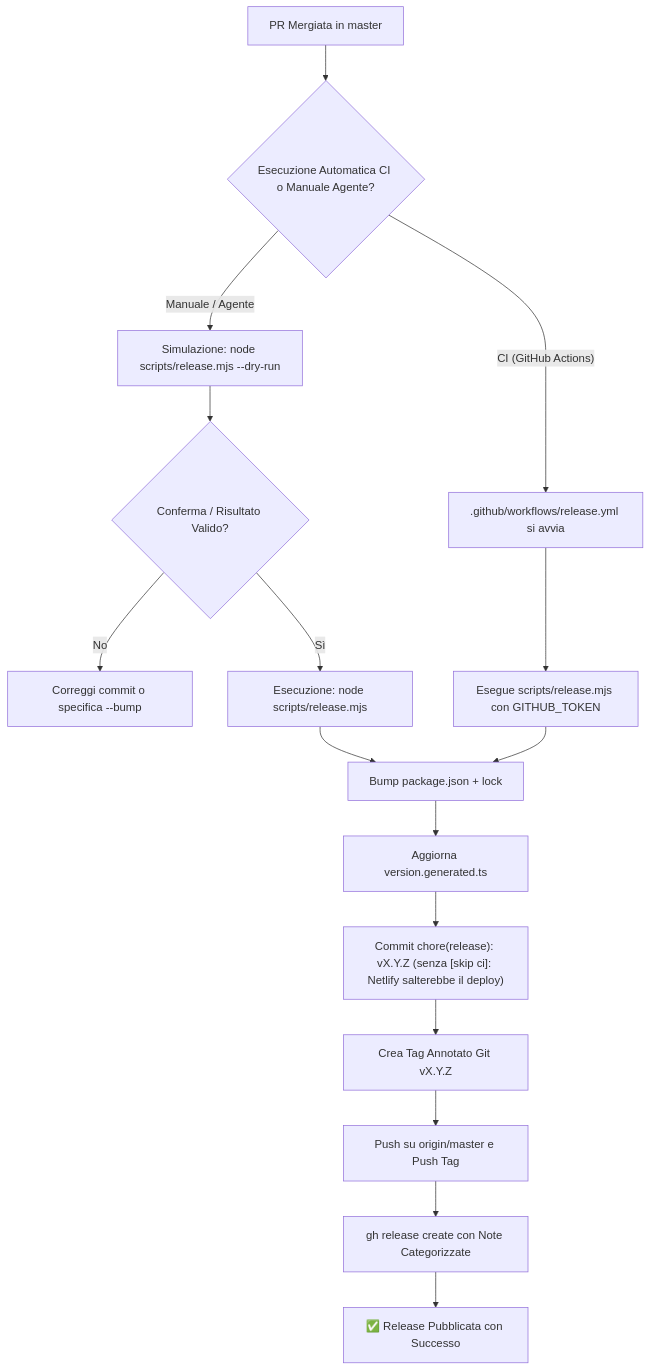
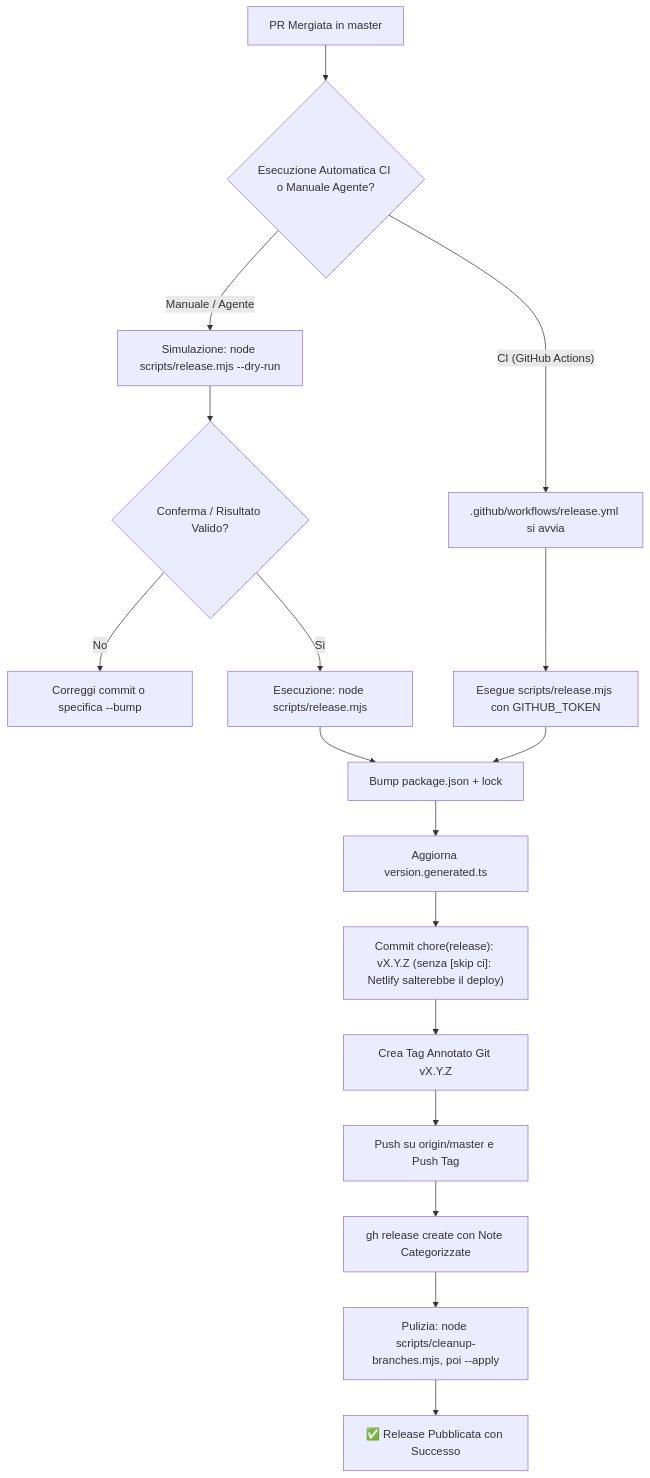
The diagram in .agents/skills/pr-release/SKILL.md (xdelmo/Portfolio-minimal), drawn with Mermaid before and after one commit. The commit also changed other lines of this file and 2 other files, not shown here.

First line of the commit message:
chore(release): pr-release cleans up merged branches and worktrees after a release (#448)

````diff
--- a/.agents/skills/pr-release/SKILL.md
+++ b/.agents/skills/pr-release/SKILL.md
@@ -37,18 +37,19 @@
 ```mermaid
 flowchart TD
     A["PR Mergiata in master"] --> B{"Esecuzione Automatica CI o Manuale Agente?"}
     B -- "CI (GitHub Actions)" --> C[".github/workflows/release.yml si avvia"]
     B -- "Manuale / Agente" --> D["Simulazione: node scripts/release.mjs --dry-run"]
     D --> E{"Conferma / Risultato Valido?"}
     E -- No --> F["Correggi commit o specifica --bump"]
     E -- Sì --> G["Esecuzione: node scripts/release.mjs"]
     C --> H["Esegue scripts/release.mjs con GITHUB_TOKEN"]
     G --> I["Bump package.json + lock"]
     H --> I
     I --> J["Aggiorna version.generated.ts"]
     J --> K["Commit chore(release): vX.Y.Z (senza [skip ci]: Netlify salterebbe il deploy)"]
     K --> L["Crea Tag Annotato Git vX.Y.Z"]
     L --> M["Push su origin/master e Push Tag"]
     M --> N["gh release create con Note Categorizzate"]
-    N --> O["✅ Release Pubblicata con Successo"]
+    N --> P["Pulizia: node scripts/cleanup-branches.mjs, poi --apply"]
+    P --> O["✅ Release Pubblicata con Successo"]
 ```
````
